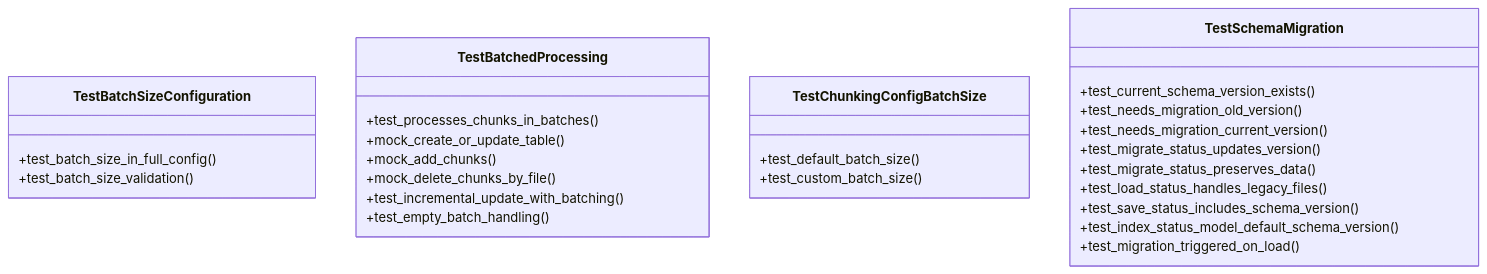
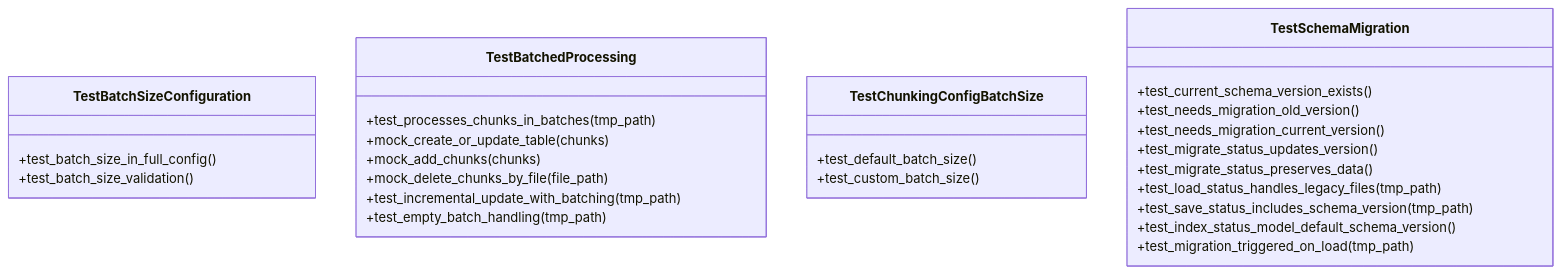
One commit to UrbanDiver/local-deepwiki-mcp changed the first of 2 diagrams in .deepwiki/files/tests/test_indexer.md. Above: the diagram before and after it, drawn with Mermaid. The commit also changed other lines of this file and 30 other files, not shown here.

````diff
--- a/.deepwiki/files/tests/test_indexer.md
+++ b/.deepwiki/files/tests/test_indexer.md
@@ -377,30 +377,30 @@
 ```mermaid
 classDiagram
     class TestBatchSizeConfiguration {
         +test_batch_size_in_full_config()
         +test_batch_size_validation()
     }
     class TestBatchedProcessing {
-        +test_processes_chunks_in_batches()
-        +mock_create_or_update_table()
-        +mock_add_chunks()
-        +mock_delete_chunks_by_file()
-        +test_incremental_update_with_batching()
-        +test_empty_batch_handling()
+        +test_processes_chunks_in_batches(tmp_path)
+        +mock_create_or_update_table(chunks)
+        +mock_add_chunks(chunks)
+        +mock_delete_chunks_by_file(file_path)
+        +test_incremental_update_with_batching(tmp_path)
+        +test_empty_batch_handling(tmp_path)
     }
     class TestChunkingConfigBatchSize {
         +test_default_batch_size()
         +test_custom_batch_size()
     }
     class TestSchemaMigration {
         +test_current_schema_version_exists()
         +test_needs_migration_old_version()
         +test_needs_migration_current_version()
         +test_migrate_status_updates_version()
         +test_migrate_status_preserves_data()
-        +test_load_status_handles_legacy_files()
-        +test_save_status_includes_schema_version()
+        +test_load_status_handles_legacy_files(tmp_path)
+        +test_save_status_includes_schema_version(tmp_path)
         +test_index_status_model_default_schema_version()
-        +test_migration_triggered_on_load()
+        +test_migration_triggered_on_load(tmp_path)
     }
 ```
````
